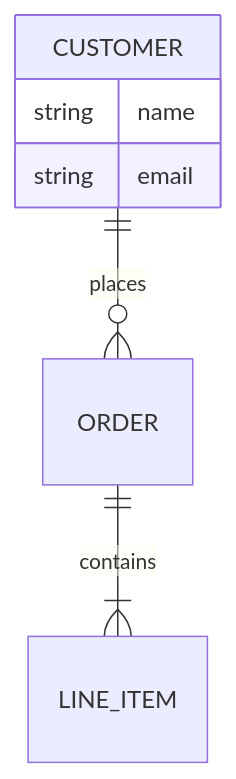
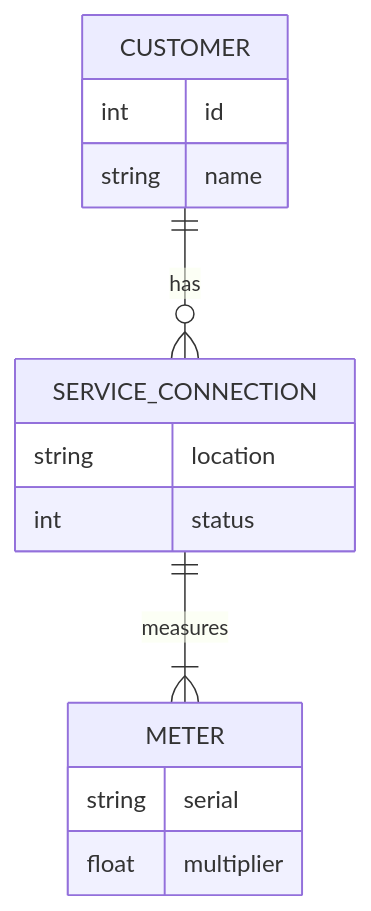
One commit to BlairLAdams/RPi5 changed the fifth of 10 diagrams in mkdocs/docs/MermaidDiagrams.md. Above: the diagram before and after it, drawn with Mermaid. The commit also changed other lines of this file and 33 other files, not shown here.

````diff
--- a/mkdocs/docs/MermaidDiagrams.md
+++ b/mkdocs/docs/MermaidDiagrams.md
@@ -114,9 +156,17 @@
 ```mermaid
 erDiagram
-  CUSTOMER ||--o{ ORDER : places
-  ORDER ||--|{ LINE_ITEM : contains
+  CUSTOMER ||--o{ SERVICE_CONNECTION : has
+  SERVICE_CONNECTION ||--|{ METER : measures
   CUSTOMER {
+    int id
     string name
-    string email
+  }
+  SERVICE_CONNECTION {
+    string location
+    int status
+  }
+  METER {
+    string serial
+    float multiplier
   }
 ```
````
